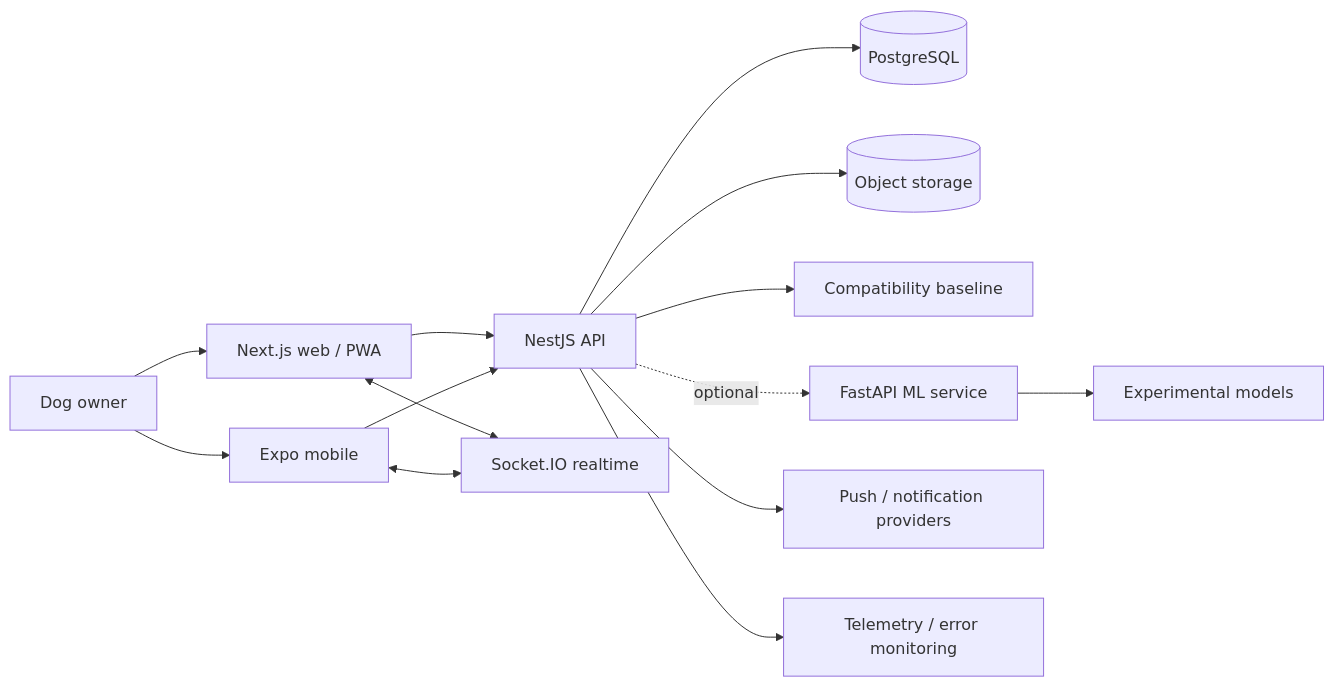
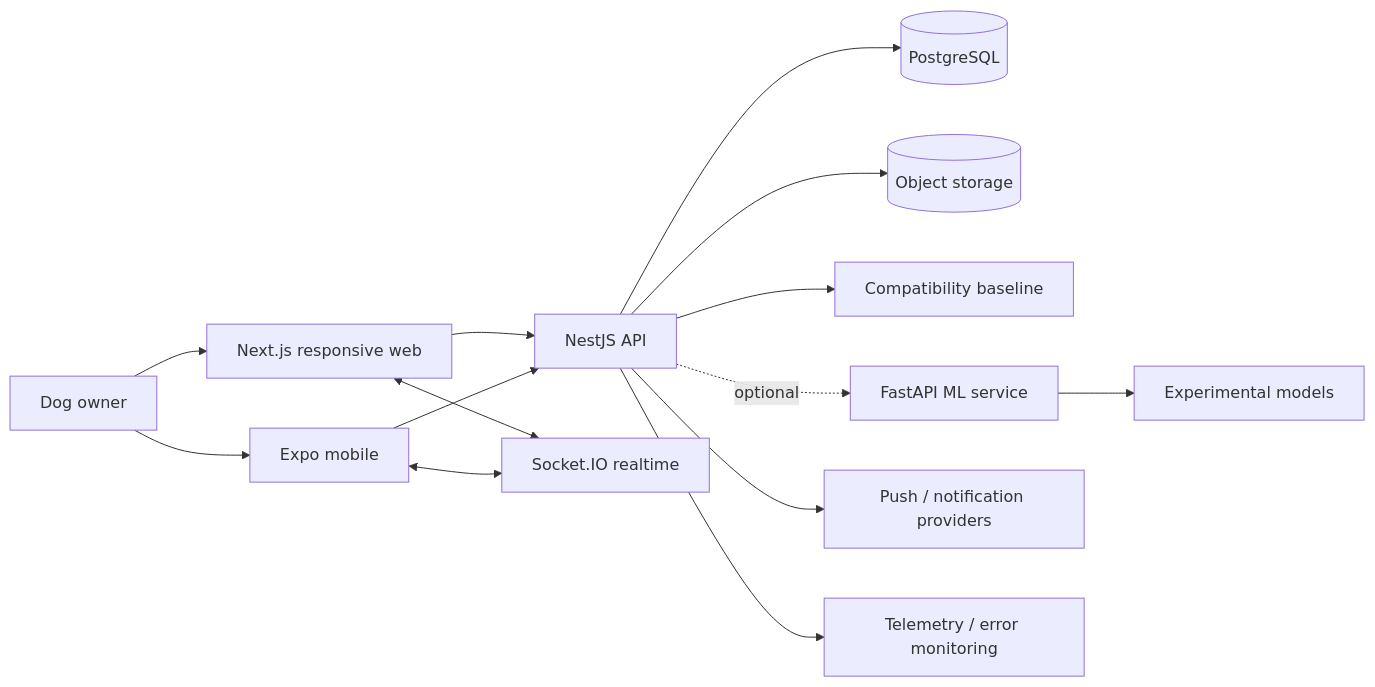
Before and after one commit to sidhulyalkar/woof: the first of 2 diagrams in docs/ARCHITECTURE.md, drawn with Mermaid. The commit also changed other lines of this file and 13 other files, not shown here.

````diff
--- a/docs/ARCHITECTURE.md
+++ b/docs/ARCHITECTURE.md
@@ -17,16 +17,16 @@
 ```mermaid
 flowchart LR
-  USER[Dog owner] --> WEB[Next.js web / PWA]
+  USER[Dog owner] --> WEB[Next.js responsive web]
   USER --> MOBILE[Expo mobile]
   WEB --> API[NestJS API]
   MOBILE --> API
   WEB <--> RT[Socket.IO realtime]
   MOBILE <--> RT
   API --> DB[(PostgreSQL)]
   API --> STORAGE[(Object storage)]
   API --> BASELINE[Compatibility baseline]
   API -. optional .-> ML[FastAPI ML service]
   ML --> MODELS[Experimental models]
   API --> PUSH[Push / notification providers]
   API --> OBS[Telemetry / error monitoring]
 ```
````
